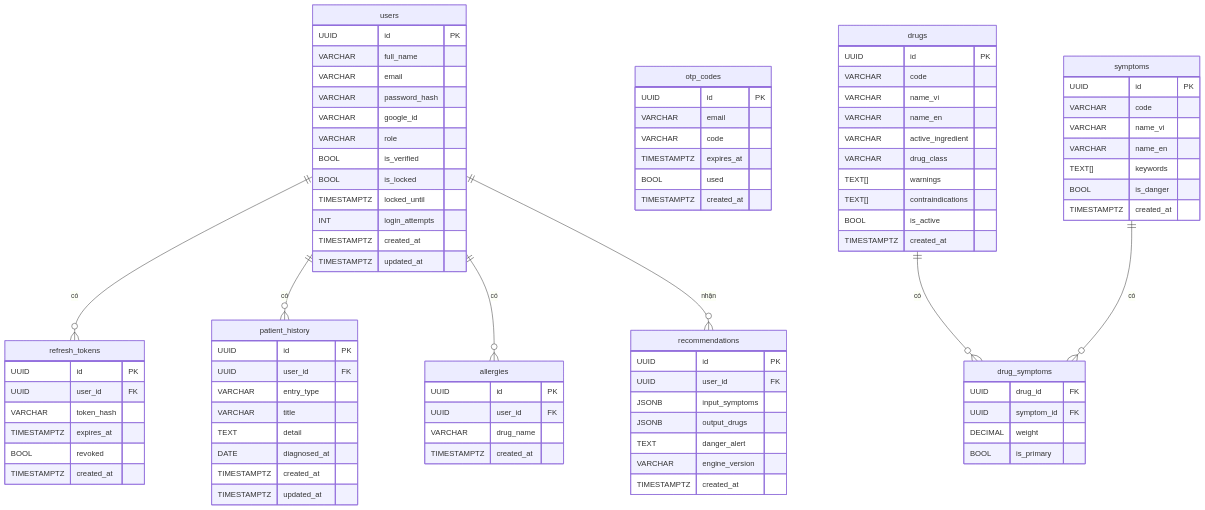
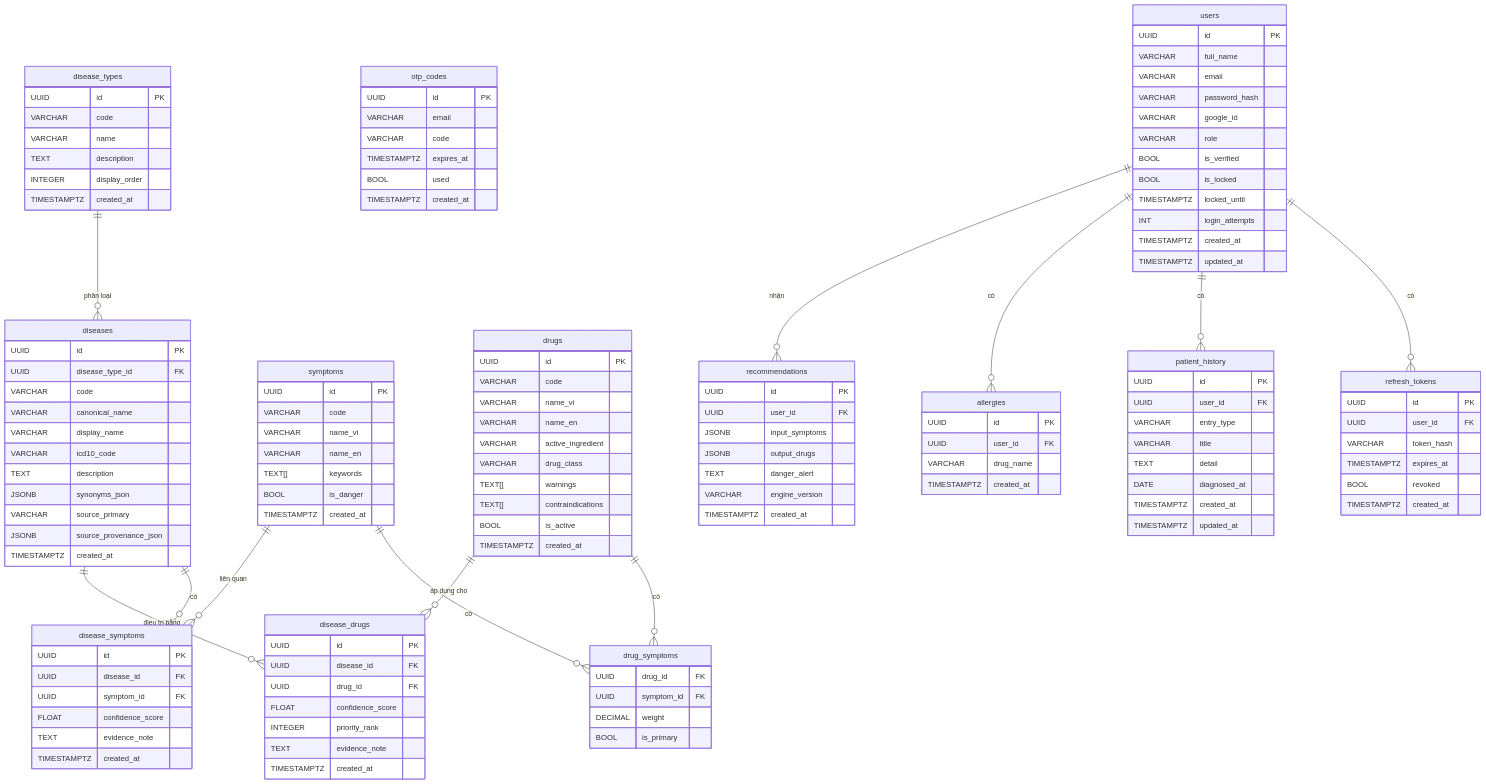
The diagram in docs/database/ERD.md (HoangAnh-ToiChoi/MedAssist-Project-AI-Drug-Recommendation-System), drawn with Mermaid before and after one commit. The commit also changed other lines of this file and 41 other files, not shown here.

Commit message:
feat: ship specialty-first disease graph and ci baseline

````diff
--- a/docs/database/ERD.md
+++ b/docs/database/ERD.md
@@ -134,6 +134,48 @@
         TIMESTAMPTZ created_at
     }
 
+    disease_types {
+        UUID id PK
+        VARCHAR code
+        VARCHAR name
+        TEXT description
+        INTEGER display_order
+        TIMESTAMPTZ created_at
+    }
+
+    diseases {
+        UUID id PK
+        UUID disease_type_id FK
+        VARCHAR code
+        VARCHAR canonical_name
+        VARCHAR display_name
+        VARCHAR icd10_code
+        TEXT description
+        JSONB synonyms_json
+        VARCHAR source_primary
+        JSONB source_provenance_json
+        TIMESTAMPTZ created_at
+    }
+
+    disease_symptoms {
+        UUID id PK
+        UUID disease_id FK
+        UUID symptom_id FK
+        FLOAT confidence_score
+        TEXT evidence_note
+        TIMESTAMPTZ created_at
+    }
+
+    disease_drugs {
+        UUID id PK
+        UUID disease_id FK
+        UUID drug_id FK
+        FLOAT confidence_score
+        INTEGER priority_rank
+        TEXT evidence_note
+        TIMESTAMPTZ created_at
+    }
+
     drug_symptoms {
         UUID drug_id FK
         UUID symptom_id FK
@@ -175,4 +217,9 @@
     users ||--o{ recommendations : "nhận"
     drugs ||--o{ drug_symptoms : "có"
     symptoms ||--o{ drug_symptoms : "có"
+    disease_types ||--o{ diseases : "phân loại"
+    diseases ||--o{ disease_symptoms : "có"
+    symptoms ||--o{ disease_symptoms : "liên quan"
+    diseases ||--o{ disease_drugs : "điều trị bằng"
+    drugs ||--o{ disease_drugs : "áp dụng cho"
 ```
````
